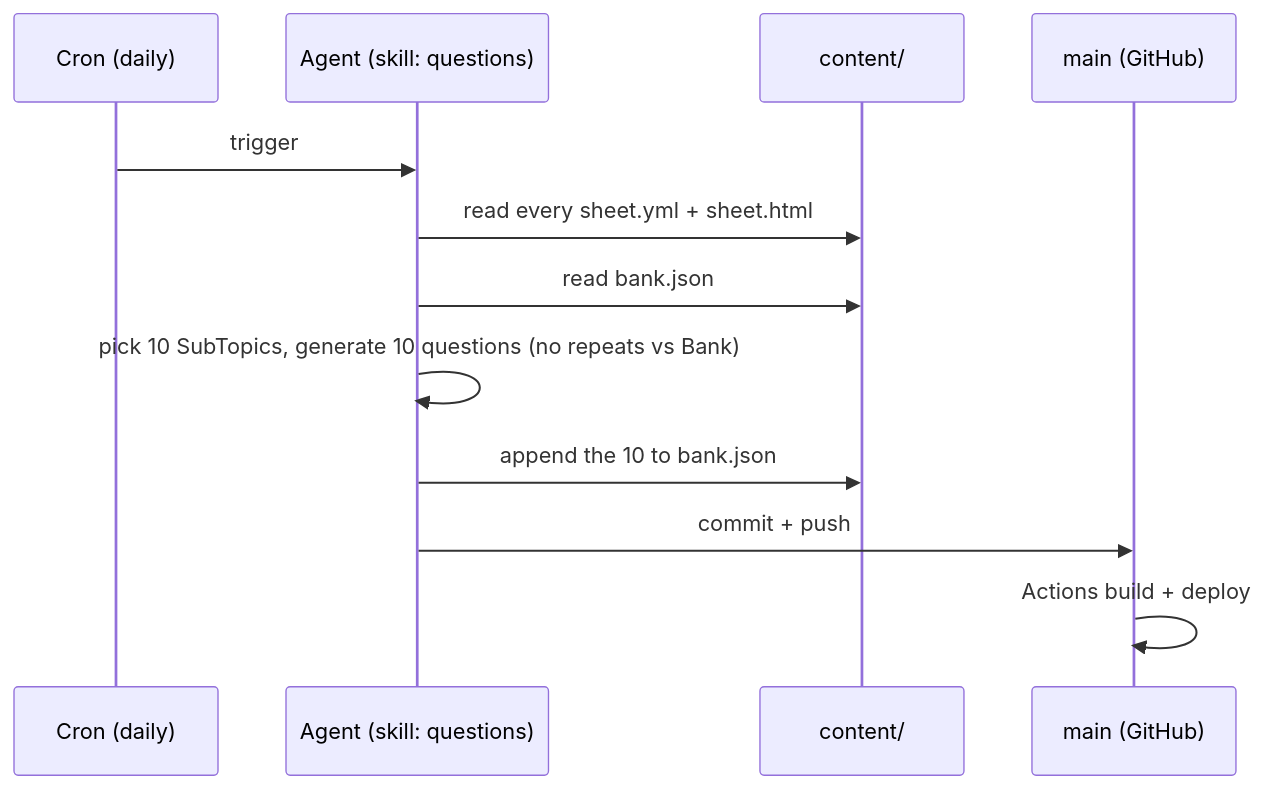
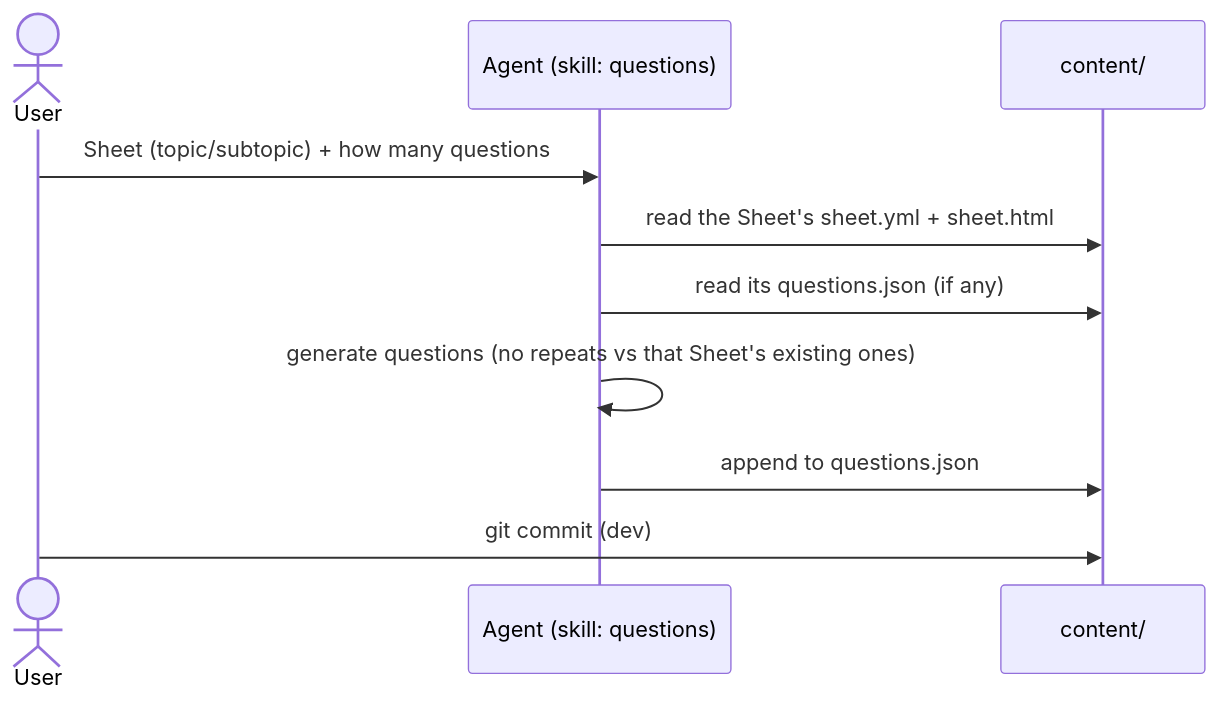
Before and after one commit to Povaz/cheatsheets: the fourth of 6 diagrams in docs/hldd/hldd.md, drawn with Mermaid. The commit also changed other lines of this file and 22 other files, not shown here.

First line of the commit message:
feat(questions): per-Sheet questions.json — central Bank retired

````diff
--- a/docs/hldd/hldd.md
+++ b/docs/hldd/hldd.md
@@ -194,14 +188,12 @@
 ```mermaid
 sequenceDiagram
-    participant CR as Cron (daily)
+    actor U as User
     participant A as Agent (skill: questions)
     participant C as content/
-    participant M as main (GitHub)
-    CR->>A: trigger
-    A->>C: read every sheet.yml + sheet.html
-    A->>C: read bank.json
-    A->>A: pick 10 SubTopics, generate 10 questions (no repeats vs Bank)
-    A->>C: append the 10 to bank.json
-    A->>M: commit + push
-    M->>M: Actions build + deploy
+    U->>A: Sheet (topic/subtopic) + how many questions
+    A->>C: read the Sheet's sheet.yml + sheet.html
+    A->>C: read its questions.json (if any)
+    A->>A: generate questions (no repeats vs that Sheet's existing ones)
+    A->>C: append to questions.json
+    U->>C: git commit (dev)
 ```
````
